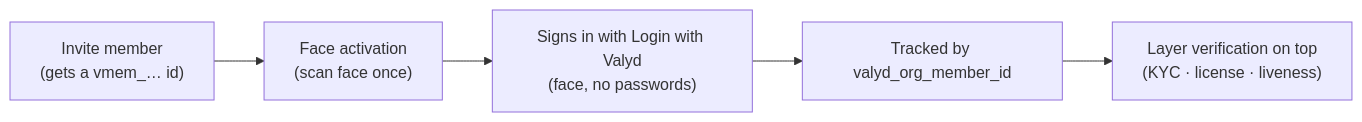
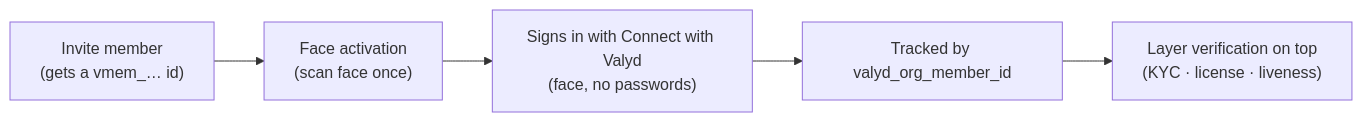
One commit to valyd-id/documentation changed the diagram in content/docs/organizations/index.md. Above: the diagram before and after it, drawn with Mermaid. The commit also changed other lines of this file and 97 other files, not shown here.

````diff
--- a/content/docs/organizations/index.md
+++ b/content/docs/organizations/index.md
@@ -36,7 +36,7 @@
 ```mermaid
 flowchart LR
     I["Invite member<br/>(gets a vmem_… id)"] --> F["Face activation<br/>(scan face once)"]
-    F --> S["Signs in with Login with Valyd<br/>(face, no passwords)"]
+    F --> S["Signs in with Connect with Valyd<br/>(face, no passwords)"]
     S --> T["Tracked by valyd_org_member_id"]
     T --> V["Layer verification on top<br/>(KYC · license · liveness)"]
 ```
````
